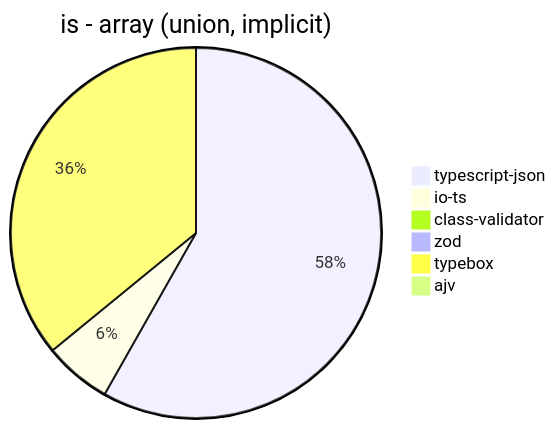
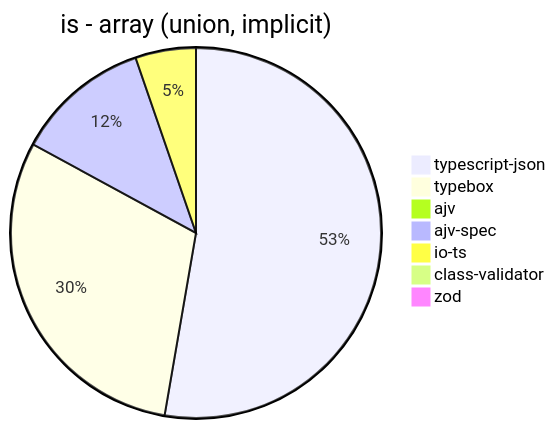
Before and after one commit to samchon/typia: the seventh of 39 diagrams in benchmark/results/AMD Ryzen 7 3700X 8-Core Processor.md, drawn with Mermaid. The commit also changed other lines of this file and 10 other files, not shown here.

Commit message:
Add ajv-spec benchmarks

````diff
--- a/benchmark/results/AMD Ryzen 7 3700X 8-Core Processor.md
+++ b/benchmark/results/AMD Ryzen 7 3700X 8-Core Processor.md
@@ -87,9 +93,10 @@
 ```mermaid
 pie title is - array (union, implicit)
-  "typescript-json": 3105.658304339864
-  "io-ts": 313.82405745062835
-  "class-validator": 7.482229704451926
-  "zod": 3.018867924528302
-  "typebox": 1916.3078075266803
+  "typescript-json": 3117.9919384389887
+  "typebox": 1787.4279337920775
   "ajv": 0
+  "ajv-spec": 696.6764061358656
+  "io-ts": 312.61699737925875
+  "class-validator": 7.293809612867028
+  "zod": 3.0297292179511457
 ```
````
